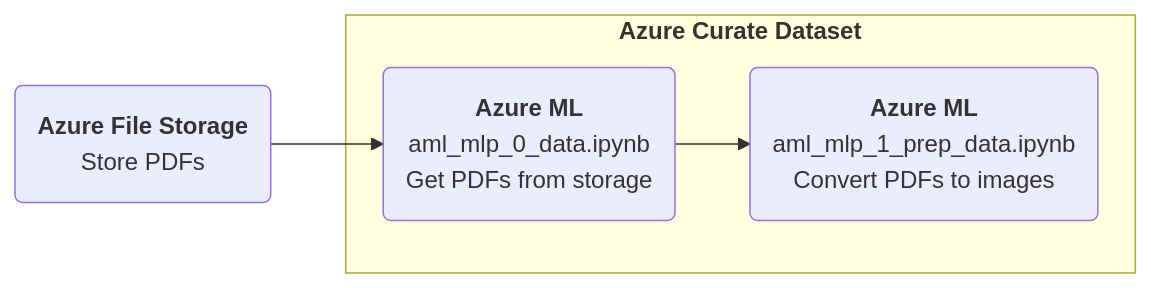
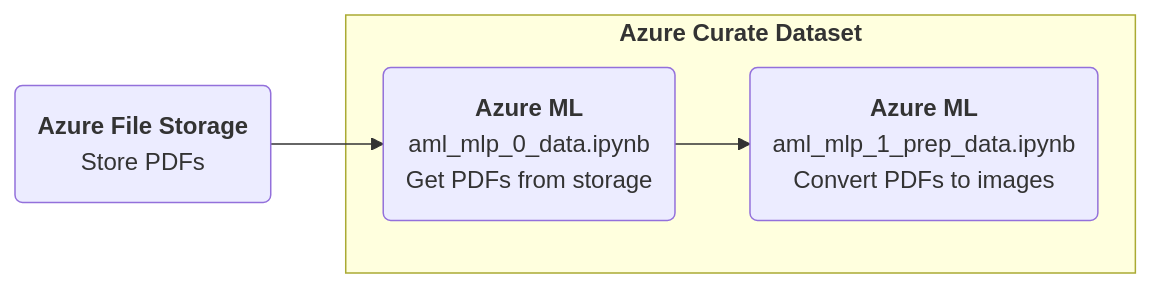
One commit to anyaconda/myFiftyoneComputerVision changed the first of 2 diagrams in README.md. Above: the diagram before and after it, drawn with Mermaid. The commit also changed other lines of this file, not shown here.

````diff
--- a/README.md
+++ b/README.md
@@ -4,16 +24,15 @@
 ```mermaid
-%%{init: {"flowchart": {"htmlLabels": false}} }%%
   flowchart LR
     a1("`**Azure File Storage**
     Store PDFs`") --> a2("`**Azure ML**
     aml_mlp_0_data.ipynb
     Get PDFs from storage`")
 
     subgraph "`**Azure Curate Dataset**`"
       a2("`**Azure ML**
       aml_mlp_0_data.ipynb
       Get PDFs from storage`") --> a3("`**Azure ML**
       aml_mlp_1_prep_data.ipynb
       Convert PDFs to images`")
     end    
 ```
````
